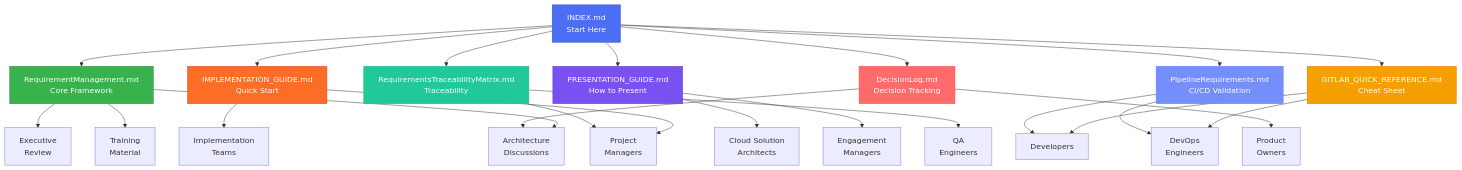
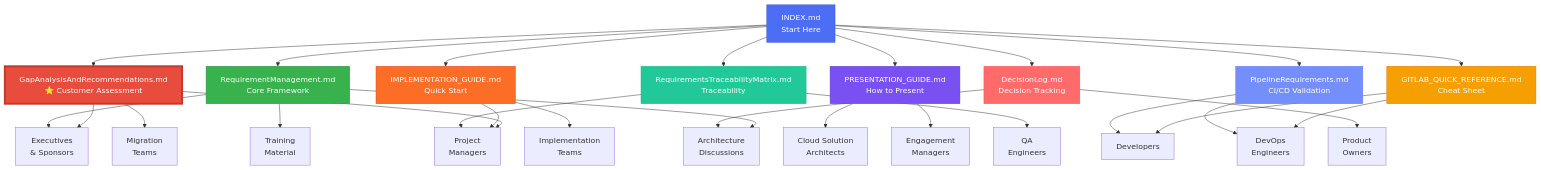
Before and after one commit to gitpavleenbali/DevOps-PPT-People-Processes-and-Tools: the diagram in _docs/INDEX.md, drawn with Mermaid. The commit also changed other lines of this file and 2 other files, not shown here.

First line of the commit message:
Add Gap Analysis document and sanitize for public repository

````diff
--- a/_docs/INDEX.md
+++ b/_docs/INDEX.md
@@ -143,41 +162,47 @@
 ```mermaid
 graph TB
-    INDEX[INDEX.md<br/>Start Here] --> README[RequirementManagement.md<br/>Core Framework]
+    INDEX[INDEX.md<br/>Start Here] --> GAP[GapAnalysisAndRecommendations.md<br/>⭐ Customer Assessment]
+    INDEX --> README[RequirementManagement.md<br/>Core Framework]
     INDEX --> IMPL[IMPLEMENTATION_GUIDE.md<br/>Quick Start]
     INDEX --> REF[GITLAB_QUICK_REFERENCE.md<br/>Cheat Sheet]
     INDEX --> PRES[PRESENTATION_GUIDE.md<br/>How to Present]
     INDEX --> RTM[RequirementsTraceabilityMatrix.md<br/>Traceability]
     INDEX --> DL[DecisionLog.md<br/>Decision Tracking]
     INDEX --> PR[PipelineRequirements.md<br/>CI/CD Validation]
     
-    README --> EXEC[Executive<br/>Review]
+    GAP --> PM[Project<br/>Managers]
+    GAP --> EXEC[Executives<br/>& Sponsors]
+    GAP --> MIGRATE[Migration<br/>Teams]
+    
+    README --> EXEC
     README --> ARCH[Architecture<br/>Discussions]
     README --> TRAIN[Training<br/>Material]
     
-    IMPL --> PM[Project<br/>Managers]
+    IMPL --> PM
     IMPL --> TEAM[Implementation<br/>Teams]
     
     REF --> DEV[Developers]
     REF --> DEVOPS[DevOps<br/>Engineers]
     
     PRES --> CSA[Cloud Solution<br/>Architects]
     PRES --> EM[Engagement<br/>Managers]
     
     RTM --> QA[QA<br/>Engineers]
     RTM --> PM
     
     DL --> ARCH
     DL --> PO[Product<br/>Owners]
     
     PR --> DEVOPS
     PR --> DEV
     
     style INDEX fill:#4c6ef5,stroke:#364fc7,color:#fff
+    style GAP fill:#e74c3c,stroke:#c0392b,color:#fff,stroke-width:4px
     style README fill:#37b24d,stroke:#2b8a3e,color:#fff
     style IMPL fill:#fc6d26,stroke:#e24329,color:#fff
     style REF fill:#f59f00,stroke:#e67700,color:#fff
     style PRES fill:#7950f2,stroke:#5f3dc4,color:#fff
     style RTM fill:#20c997,stroke:#12b886,color:#fff
     style DL fill:#ff6b6b,stroke:#fa5252,color:#fff
     style PR fill:#748ffc,stroke:#5c7cfa,color:#fff
 ```
````
